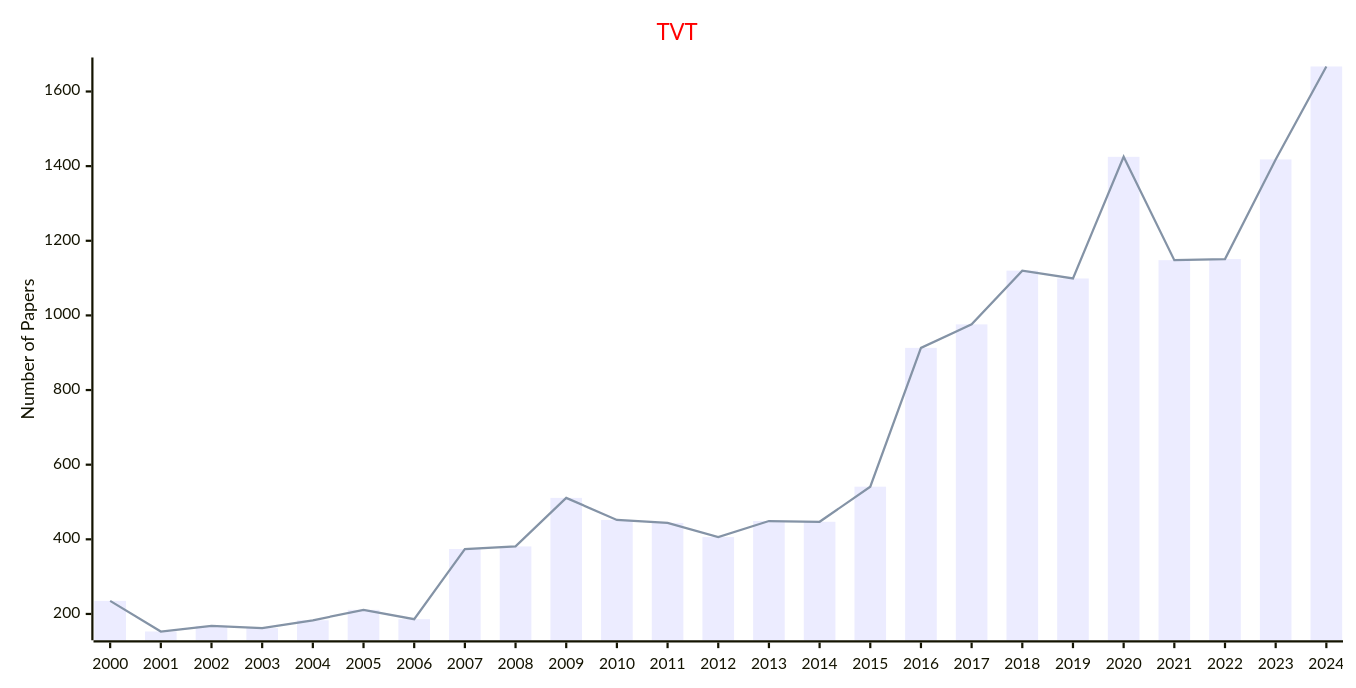
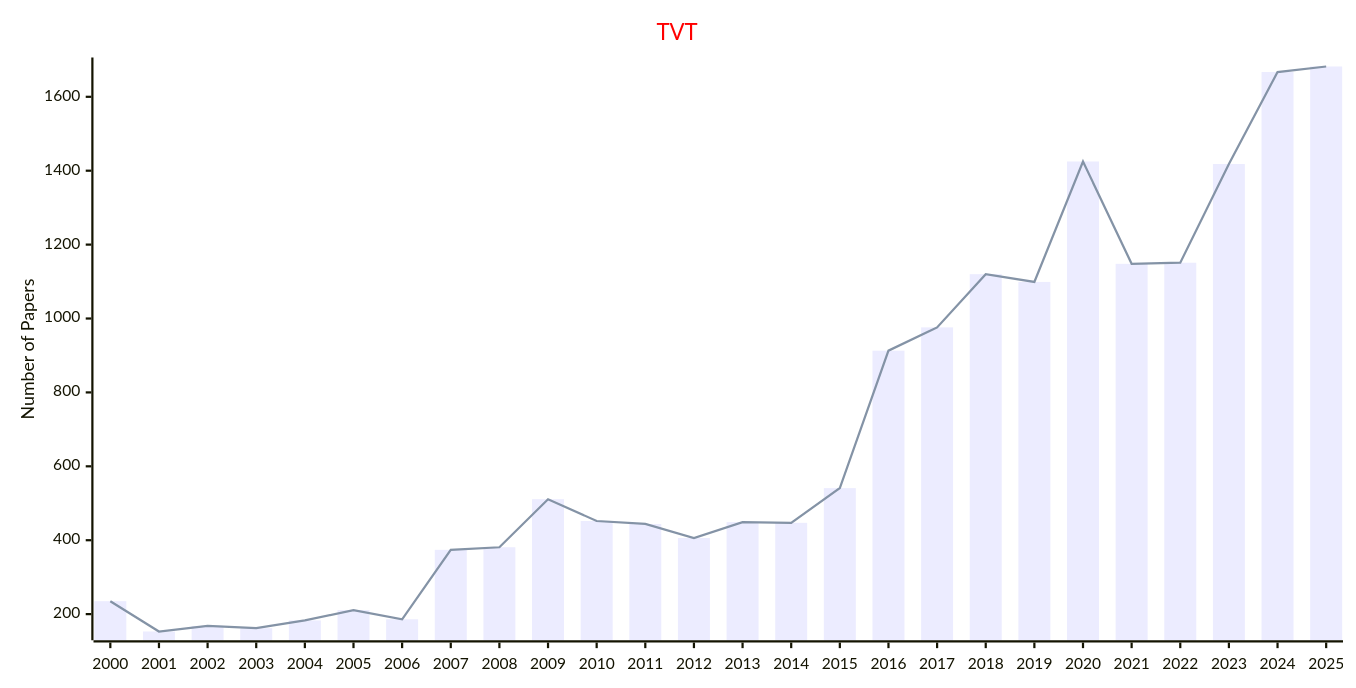
The second of 2 diagrams in docs/data/Journals/Statistics_Journals/Vehicles_and_Vehicular_Systems.md (Easy-PhD/AILinks), drawn with Mermaid before and after one commit. The commit also changed other lines of this file and 107 other files, not shown here.

````diff
--- a/docs/data/Journals/Statistics_Journals/Vehicles_and_Vehicular_Systems.md
+++ b/docs/data/Journals/Statistics_Journals/Vehicles_and_Vehicular_Systems.md
@@ -39,17 +39,17 @@
 ```mermaid
 ---
 config:
     xyChart:
         width: 1200
         height: 600
     themeVariables:
         xyChart:
             titleColor: "#ff0000"
 ---
 xychart-beta
     title "TVT"
-    x-axis [2000, 2001, 2002, 2003, 2004, 2005, 2006, 2007, 2008, 2009, 2010, 2011, 2012, 2013, 2014, 2015, 2016, 2017, 2018, 2019, 2020, 2021, 2022, 2023, 2024]
+    x-axis [2000, 2001, 2002, 2003, 2004, 2005, 2006, 2007, 2008, 2009, 2010, 2011, 2012, 2013, 2014, 2015, 2016, 2017, 2018, 2019, 2020, 2021, 2022, 2023, 2024, 2025]
     y-axis "Number of Papers"
-    bar [235, 153, 168, 162, 183, 211, 186, 374, 381, 511, 452, 444, 406, 449, 447, 541, 913, 976, 1120, 1099, 1425, 1148, 1151, 1418, 1667]
-    line [235, 153, 168, 162, 183, 211, 186, 374, 381, 511, 452, 444, 406, 449, 447, 541, 913, 976, 1120, 1099, 1425, 1148, 1151, 1418, 1667]
+    bar [235, 153, 168, 162, 183, 211, 186, 374, 381, 511, 452, 444, 406, 449, 447, 541, 913, 976, 1120, 1099, 1425, 1148, 1151, 1418, 1667, 1682]
+    line [235, 153, 168, 162, 183, 211, 186, 374, 381, 511, 452, 444, 406, 449, 447, 541, 913, 976, 1120, 1099, 1425, 1148, 1151, 1418, 1667, 1682]
 ```
````
